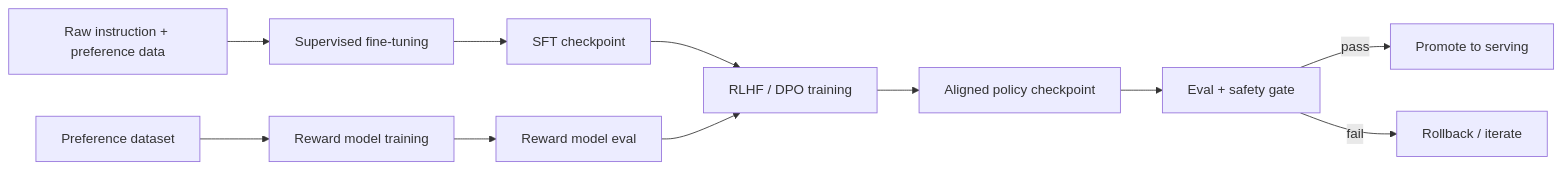
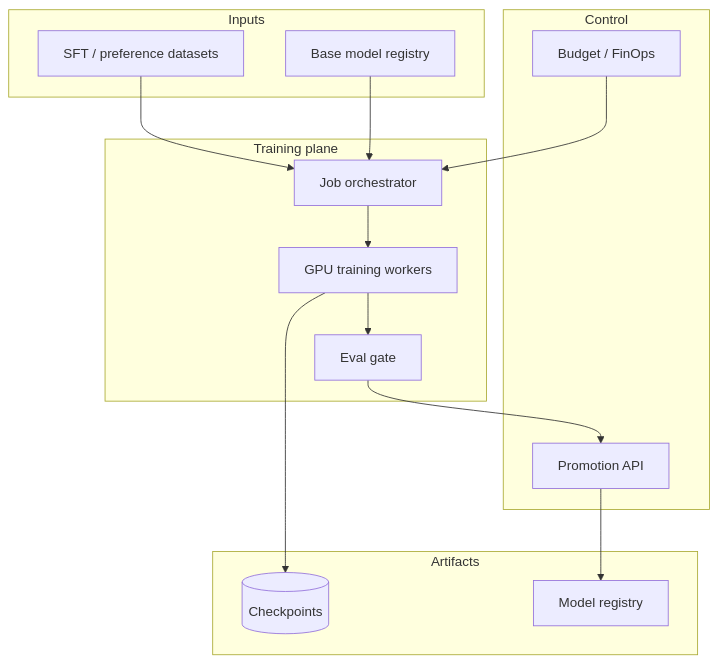
Before and after one commit to vpeetla-ai/ai-architect-interview-playbook: the diagram in ai-system-design/08-finetuning-rlhf-training-pipeline-at-scale.md, drawn with Mermaid. The commit also changed other lines of this file and 54 other files, not shown here.

First line of the commit message:
Upgrade system-design APIs and replace HLD flowcharts with architecture diagrams.

````diff
--- a/ai-system-design/08-finetuning-rlhf-training-pipeline-at-scale.md
+++ b/ai-system-design/08-finetuning-rlhf-training-pipeline-at-scale.md
@@ -56,13 +80,24 @@
 ```mermaid
-flowchart LR
-    RAW[Raw instruction + preference data] --> SFT[Supervised fine-tuning]
-    SFT --> SFTCKPT[SFT checkpoint]
-    PREF[Preference dataset] --> RM[Reward model training]
-    RM --> RMEVAL[Reward model eval]
-    SFTCKPT --> RLHF[RLHF / DPO training]
-    RMEVAL --> RLHF
-    RLHF --> POLICY[Aligned policy checkpoint]
-    POLICY --> EVALGATE[Eval + safety gate]
-    EVALGATE -->|pass| DEPLOY[Promote to serving]
-    EVALGATE -->|fail| ROLLBACK[Rollback / iterate]
+graph TB
+  subgraph inputs [Inputs]
+    Data[SFT / preference datasets]
+    Base[Base model registry]
+  end
+  subgraph train [Training plane]
+    Orchestrator[Job orchestrator]
+    Workers[GPU training workers]
+    Eval[Eval gate]
+  end
+  subgraph artifacts [Artifacts]
+    Ckpt[(Checkpoints)]
+    Reg[Model registry]
+  end
+  subgraph control [Control]
+    Budget[Budget / FinOps]
+    Promo[Promotion API]
+  end
+  Data --> Orchestrator
+  Base --> Orchestrator --> Workers --> Ckpt
+  Workers --> Eval --> Promo --> Reg
+  Budget --> Orchestrator
 ```
````
